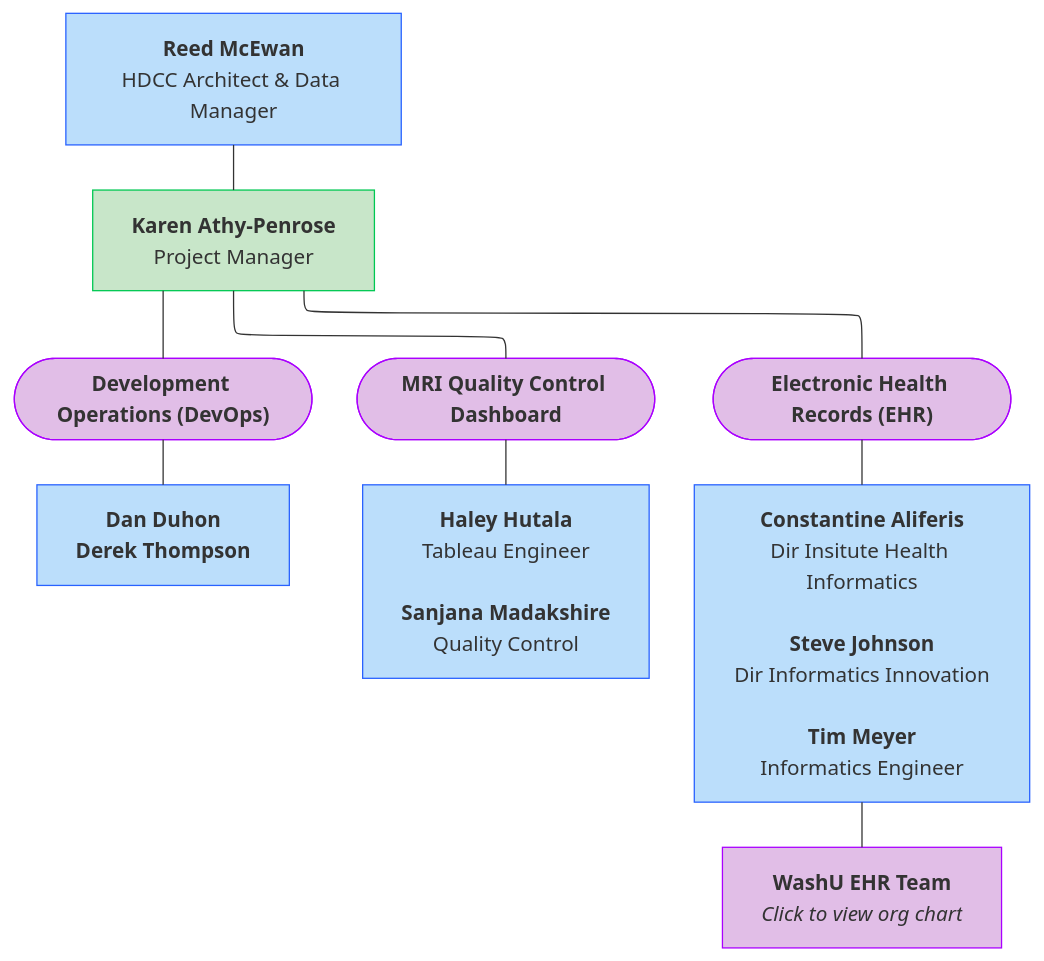
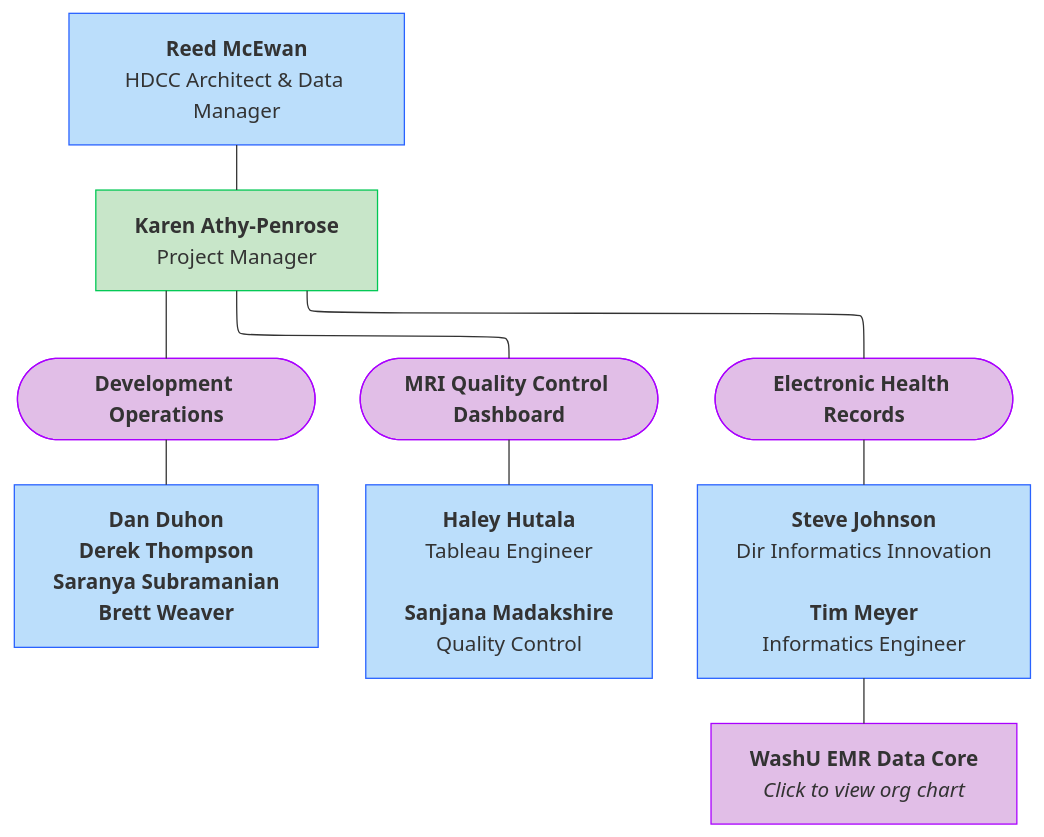
The eighth of 10 diagrams in docs/orgcharts.md (DCAN-Labs/hbcd-docs-internal), drawn with Mermaid before and after one commit. The commit also changed other lines of this file, not shown here.

Commit message:
update HST

````diff
--- a/docs/orgcharts.md
+++ b/docs/orgcharts.md
@@ -333,24 +333,24 @@
 ```mermaid
----
 ---
 config:
   layout: elk
 ---
 flowchart TB
-    B["<b>Karen Athy-Penrose</b><br>Project Manager"] --- n2(["<b>Development Operations (DevOps)</b>"]) & n3(["<b>MRI Quality Control Dashboard</b>"]) & n4(["<b>Electronic Health Records (EHR)</b>"])
-    n2 --- F["<b>Dan Duhon<br>Derek Thompson</b>"]
+    B["<b>Karen Athy-Penrose</b><br>Project Manager"] --- n2(["<b>Development Operations</b>"])
+    B --- n3(["<b>MRI Quality Control Dashboard</b>"]) & n4(["<b>Electronic Health Records</b>"])
+    n2 --- F["<b>Dan Duhon<br>Derek Thompson<br>Saranya Subramanian<br>Brett Weaver</b>"]
     n3 --- G["<b>Haley Hutala</b><br>Tableau Engineer<br><br><b>Sanjana Madakshire</b><br>Quality Control"]
     E["<b>Reed McEwan</b><br>HDCC Architect &amp; Data Manager"] --- B
-    H["<b>Constantine Aliferis</b><br>Dir Insitute Health Informatics<br><br><b>Steve Johnson</b><br>Dir Informatics Innovation<br><br><b>Tim Meyer</b><br>Informatics Engineer"] --- n5["<b>WashU EHR Team<br></b><i>Click to view org chart</i>"]
+    H["<b>Steve Johnson</b><br>Dir Informatics Innovation<br><br><b>Tim Meyer</b><br>Informatics Engineer"] --- n5["<b>WashU EMR Data Core<br></b><i>Click to view org chart</i>"]
     n4 --- H
     style B fill:#C8E6C9,stroke:#00C853
     style n2 fill:#E1BEE7,stroke:#AA00FF
     style n3 fill:#E1BEE7,stroke:#AA00FF
     style n4 fill:#E1BEE7,stroke:#AA00FF
     style F fill:#BBDEFB,stroke:#2962FF
     style G fill:#BBDEFB,stroke:#2962FF
     style E fill:#BBDEFB,stroke:#2962FF
     style H fill:#BBDEFB,stroke:#2962FF
     style n5 fill:#E1BEE7,stroke:#AA00FF
     click n5 "#washu"
 ```
````
